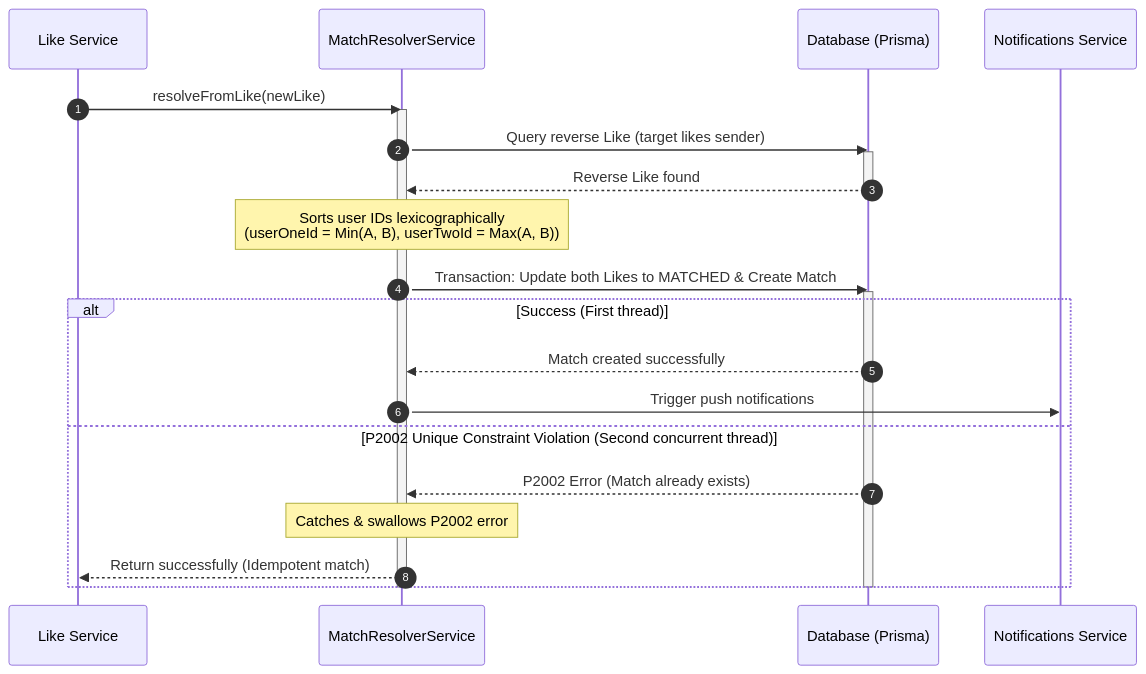
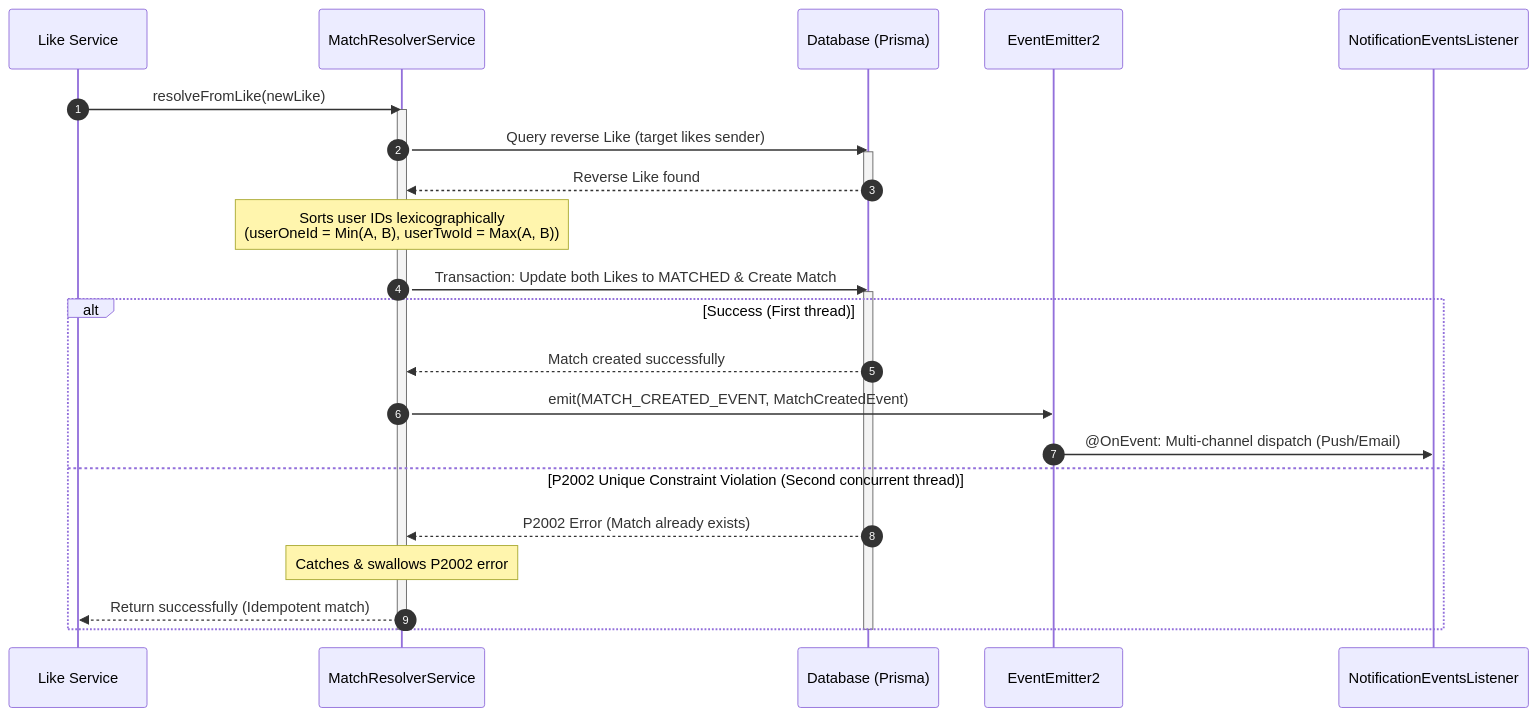
The diagram in docs-site/docs/modules/match-resolver.md (SaveSoulApp/Breathaway-Backend), drawn with Mermaid before and after one commit. The commit also changed 85 other files, not shown here.

````diff
--- a/docs-site/docs/modules/match-resolver.md
+++ b/docs-site/docs/modules/match-resolver.md
@@ -48,30 +48,32 @@
 ```mermaid
 sequenceDiagram
     autonumber
     participant App as Like Service
     participant Resolver as MatchResolverService
     participant DB as Database (Prisma)
-    participant FCM as Notifications Service
+    participant Events as EventEmitter2
+    participant Listener as NotificationEventsListener
 
     App ->> Resolver: resolveFromLike(newLike)
     activate Resolver
     Resolver ->> DB: Query reverse Like (target likes sender)
     activate DB
     DB -->> Resolver: Reverse Like found
     deactivate DB
 
     Note over Resolver: Sorts user IDs lexicographically<br/>(userOneId = Min(A, B), userTwoId = Max(A, B))
 
     Resolver ->> DB: Transaction: Update both Likes to MATCHED & Create Match
     activate DB
     alt Success (First thread)
         DB -->> Resolver: Match created successfully
-        Resolver ->> FCM: Trigger push notifications
+        Resolver ->> Events: emit(MATCH_CREATED_EVENT, MatchCreatedEvent)
+        Events ->> Listener: @OnEvent: Multi-channel dispatch (Push/Email)
     else P2002 Unique Constraint Violation (Second concurrent thread)
         DB -->> Resolver: P2002 Error (Match already exists)
         Note over Resolver: Catches & swallows P2002 error
         Resolver -->> App: Return successfully (Idempotent match)
     end
     deactivate DB
     deactivate Resolver
 ```
````
